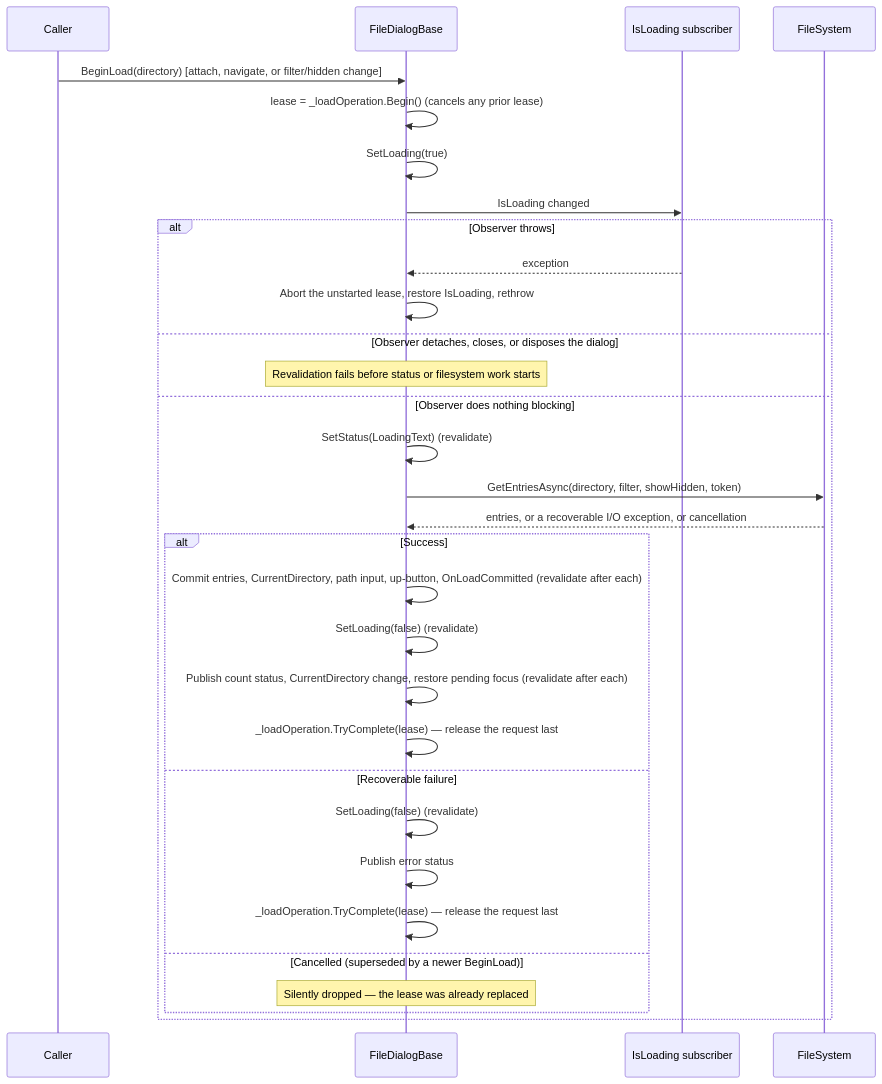
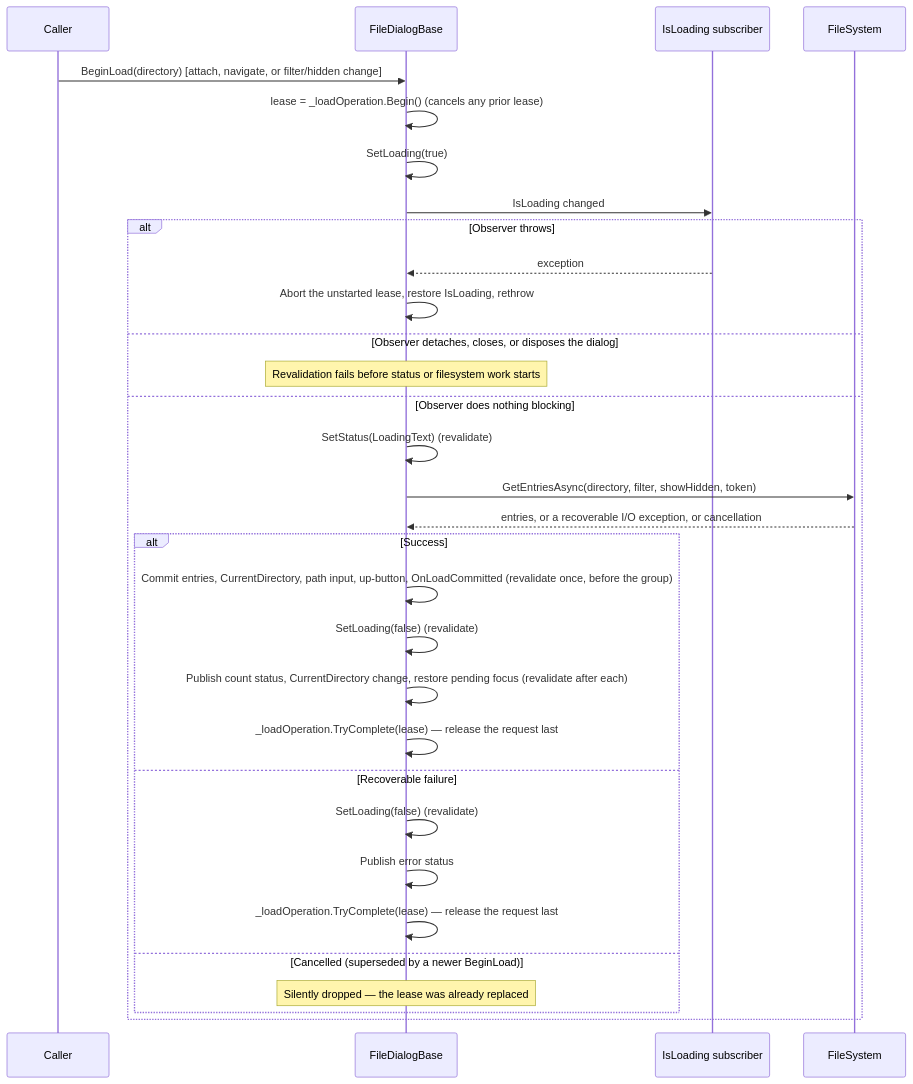
The diagram in docs/dialogs/file-picker-dialog.md (pavkam/sharp-vision), drawn with Mermaid before and after one commit.

Commit message:
fix(dialogs): correct revalidation-cadence claim in file-picker diagram
Adversarial correctness review found the entries/CurrentDirectory/path-input/
up-button/OnLoadCommitted step in the new load-transaction diagram claimed
per-step revalidation, but FileDialogBase.CommitLoad guards that whole group
with a single check before it runs, not one after each step (unlike the
following status/notify/focus group, which genuinely does revalidate after
each step).

````diff
--- a/docs/dialogs/file-picker-dialog.md
+++ b/docs/dialogs/file-picker-dialog.md
@@ -256,34 +256,34 @@
 ```mermaid
 sequenceDiagram
     participant Caller
     participant FileDialogBase
     participant Observer as IsLoading subscriber
     participant FileSystem
 
     Caller->>FileDialogBase: BeginLoad(directory) [attach, navigate, or filter/hidden change]
     FileDialogBase->>FileDialogBase: lease = _loadOperation.Begin() (cancels any prior lease)
     FileDialogBase->>FileDialogBase: SetLoading(true)
     FileDialogBase->>Observer: IsLoading changed
     alt Observer throws
         Observer-->>FileDialogBase: exception
         FileDialogBase->>FileDialogBase: Abort the unstarted lease, restore IsLoading, rethrow
     else Observer detaches, closes, or disposes the dialog
         Note over FileDialogBase: Revalidation fails before status or filesystem work starts
     else Observer does nothing blocking
         FileDialogBase->>FileDialogBase: SetStatus(LoadingText) (revalidate)
         FileDialogBase->>FileSystem: GetEntriesAsync(directory, filter, showHidden, token)
         FileSystem-->>FileDialogBase: entries, or a recoverable I/O exception, or cancellation
         alt Success
-            FileDialogBase->>FileDialogBase: Commit entries, CurrentDirectory, path input, up-button, OnLoadCommitted (revalidate after each)
+            FileDialogBase->>FileDialogBase: Commit entries, CurrentDirectory, path input, up-button, OnLoadCommitted (revalidate once, before the group)
             FileDialogBase->>FileDialogBase: SetLoading(false) (revalidate)
             FileDialogBase->>FileDialogBase: Publish count status, CurrentDirectory change, restore pending focus (revalidate after each)
             FileDialogBase->>FileDialogBase: _loadOperation.TryComplete(lease) — release the request last
         else Recoverable failure
             FileDialogBase->>FileDialogBase: SetLoading(false) (revalidate)
             FileDialogBase->>FileDialogBase: Publish error status
             FileDialogBase->>FileDialogBase: _loadOperation.TryComplete(lease) — release the request last
         else Cancelled (superseded by a newer BeginLoad)
             Note over FileDialogBase: Silently dropped — the lease was already replaced
         end
     end
 ```
````
